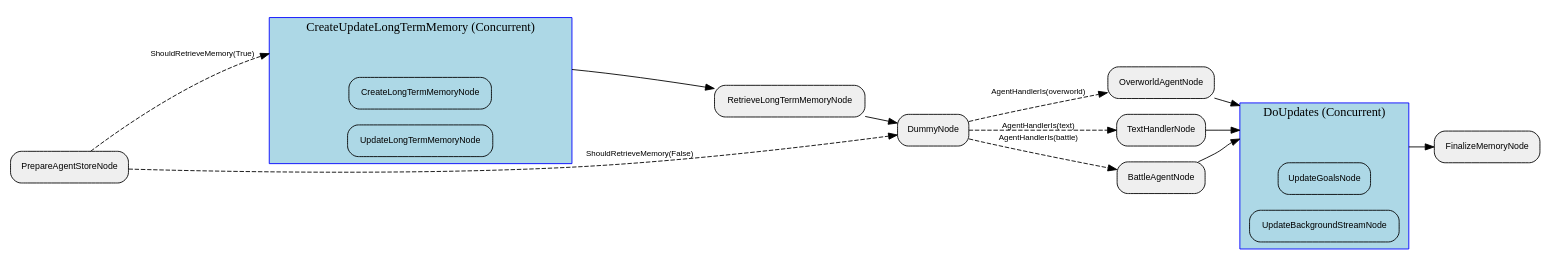
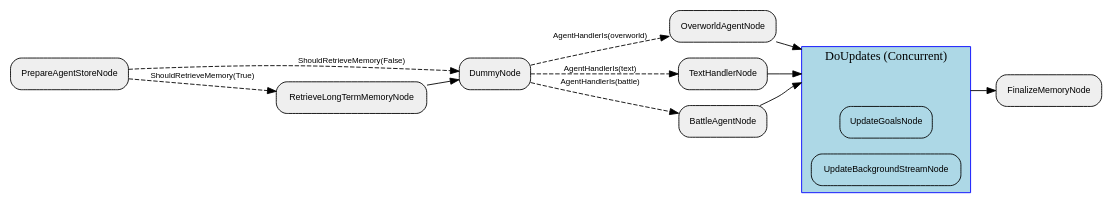
Before and after one commit to clambro/ai-plays-pokemon: the diagram in visualization/agent_graph/Graph.dot, drawn with Graphviz. The commit also changed 26 other files, not shown here.

First line of the commit message:
Move long-term memory mutation into overworld agent

```diff
--- a/visualization/agent_graph/Graph.dot
+++ b/visualization/agent_graph/Graph.dot
@@ -1,46 +1,34 @@
 digraph "G" {
   rankdir=LR;
   compound=true;
   node [shape=box, style="rounded,filled", fillcolor="#EFEFEF", fontname="Helvetica", fontsize=10];
   edge [fontname="Helvetica", fontsize=9];
-  subgraph "cluster_Vg2hd6Kv8v34S9z1r538B" {
-    label="CreateUpdateLongTermMemory (Concurrent)";
-    style="filled"; fillcolor="lightblue"; color="blue";
-    node [fillcolor="lightblue", style="filled,rounded"];
-    "Vg2hd6Kv8v34S9z1r538B__entry" [label="", shape=point, width=0.01, style=invis];
-    "Vg2hd6Kv8v34S9z1r538B__exit"  [label="", shape=point, width=0.01, style=invis];
-    e4i2JSNigLMBFJbe3vHXj [label="CreateLongTermMemoryNode"];
-    MqpVLM463dgkCTUM8SgwS [label="UpdateLongTermMemoryNode"];
-  }
-  subgraph "cluster_fGiP0VsAowpaVyVuA2BtG" {
+  subgraph "cluster_5u2rcpKXFNyRvOMhOfHJL" {
     label="DoUpdates (Concurrent)";
     style="filled"; fillcolor="lightblue"; color="blue";
     node [fillcolor="lightblue", style="filled,rounded"];
-    "fGiP0VsAowpaVyVuA2BtG__entry" [label="", shape=point, width=0.01, style=invis];
-    "fGiP0VsAowpaVyVuA2BtG__exit"  [label="", shape=point, width=0.01, style=invis];
-    MN4ziPziOXW06ELuVmUzn [label="UpdateGoalsNode"];
-    JByORDenR72utgAkKIeLK [label="UpdateBackgroundStreamNode"];
+    "5u2rcpKXFNyRvOMhOfHJL__entry" [label="", shape=point, width=0.01, style=invis];
+    "5u2rcpKXFNyRvOMhOfHJL__exit"  [label="", shape=point, width=0.01, style=invis];
+    nZmIuImggXBXjQdbxACrd [label="UpdateGoalsNode"];
+    PJJnLdIroNrrRz9T5kgtw [label="UpdateBackgroundStreamNode"];
   }
-  "0MaGjWmGWIqEmhREMZfwb" [label="PrepareAgentStoreNode"];
-  JByORDenR72utgAkKIeLK [label="UpdateBackgroundStreamNode"];
-  "8Fj3rcHaczFY6KrIxE2CM" [label="RetrieveLongTermMemoryNode"];
-  MN4ziPziOXW06ELuVmUzn [label="UpdateGoalsNode"];
-  OEE7uI0clMr6XDlM4jJIj [label="OverworldAgentNode"];
-  e4i2JSNigLMBFJbe3vHXj [label="CreateLongTermMemoryNode"];
-  sMUB8ibM7FwyzEM82NEIN [label="FinalizeMemoryNode"];
-  FFWSFtvvR4ZJPgWVhi7d3 [label="TextHandlerNode"];
-  KOlKyhzW7Spw5dOuL9GHS [label="BattleAgentNode"];
-  MqpVLM463dgkCTUM8SgwS [label="UpdateLongTermMemoryNode"];
-  tGTSx4TT9UAUPA6EB9kCI [label="DummyNode"];
-  "0MaGjWmGWIqEmhREMZfwb" -> Vg2hd6Kv8v34S9z1r538B__entry [lhead="cluster_Vg2hd6Kv8v34S9z1r538B", style="dashed", label="ShouldRetrieveMemory(True)"];
-  Vg2hd6Kv8v34S9z1r538B__exit -> "8Fj3rcHaczFY6KrIxE2CM" [ltail="cluster_Vg2hd6Kv8v34S9z1r538B", style="solid"];
-  "0MaGjWmGWIqEmhREMZfwb" -> tGTSx4TT9UAUPA6EB9kCI [style="dashed", label="ShouldRetrieveMemory(False)"];
-  "8Fj3rcHaczFY6KrIxE2CM" -> tGTSx4TT9UAUPA6EB9kCI [style="solid"];
-  tGTSx4TT9UAUPA6EB9kCI -> OEE7uI0clMr6XDlM4jJIj [style="dashed", label="AgentHandlerIs(overworld)"];
-  tGTSx4TT9UAUPA6EB9kCI -> KOlKyhzW7Spw5dOuL9GHS [style="dashed", label="AgentHandlerIs(battle)"];
-  tGTSx4TT9UAUPA6EB9kCI -> FFWSFtvvR4ZJPgWVhi7d3 [style="dashed", label="AgentHandlerIs(text)"];
-  FFWSFtvvR4ZJPgWVhi7d3 -> fGiP0VsAowpaVyVuA2BtG__entry [lhead="cluster_fGiP0VsAowpaVyVuA2BtG", style="solid"];
-  KOlKyhzW7Spw5dOuL9GHS -> fGiP0VsAowpaVyVuA2BtG__entry [lhead="cluster_fGiP0VsAowpaVyVuA2BtG", style="solid"];
-  OEE7uI0clMr6XDlM4jJIj -> fGiP0VsAowpaVyVuA2BtG__entry [lhead="cluster_fGiP0VsAowpaVyVuA2BtG", style="solid"];
-  fGiP0VsAowpaVyVuA2BtG__exit -> sMUB8ibM7FwyzEM82NEIN [ltail="cluster_fGiP0VsAowpaVyVuA2BtG", style="solid"];
+  tEVodr0709tiwDS7KoP3Y [label="OverworldAgentNode"];
+  QFKD4S0pX4FNXqU7NkLZ6 [label="DummyNode"];
+  lCoYCnIU5hCbo2MUFvr0x [label="TextHandlerNode"];
+  "1mttNI9ynotr9motenWlf" [label="BattleAgentNode"];
+  OWjj6wdJfIuwk9AleczCq [label="RetrieveLongTermMemoryNode"];
+  zBnDj9i1nAskjogzEUIGx [label="FinalizeMemoryNode"];
+  hunKjUyUESDwRqmITcvv6 [label="PrepareAgentStoreNode"];
+  PJJnLdIroNrrRz9T5kgtw [label="UpdateBackgroundStreamNode"];
+  nZmIuImggXBXjQdbxACrd [label="UpdateGoalsNode"];
+  hunKjUyUESDwRqmITcvv6 -> OWjj6wdJfIuwk9AleczCq [style="dashed", label="ShouldRetrieveMemory(True)"];
+  hunKjUyUESDwRqmITcvv6 -> QFKD4S0pX4FNXqU7NkLZ6 [style="dashed", label="ShouldRetrieveMemory(False)"];
+  OWjj6wdJfIuwk9AleczCq -> QFKD4S0pX4FNXqU7NkLZ6 [style="solid"];
+  QFKD4S0pX4FNXqU7NkLZ6 -> tEVodr0709tiwDS7KoP3Y [style="dashed", label="AgentHandlerIs(overworld)"];
+  QFKD4S0pX4FNXqU7NkLZ6 -> "1mttNI9ynotr9motenWlf" [style="dashed", label="AgentHandlerIs(battle)"];
+  QFKD4S0pX4FNXqU7NkLZ6 -> lCoYCnIU5hCbo2MUFvr0x [style="dashed", label="AgentHandlerIs(text)"];
+  lCoYCnIU5hCbo2MUFvr0x -> "5u2rcpKXFNyRvOMhOfHJL__entry" [lhead="cluster_5u2rcpKXFNyRvOMhOfHJL", style="solid"];
+  "1mttNI9ynotr9motenWlf" -> "5u2rcpKXFNyRvOMhOfHJL__entry" [lhead="cluster_5u2rcpKXFNyRvOMhOfHJL", style="solid"];
+  tEVodr0709tiwDS7KoP3Y -> "5u2rcpKXFNyRvOMhOfHJL__entry" [lhead="cluster_5u2rcpKXFNyRvOMhOfHJL", style="solid"];
+  "5u2rcpKXFNyRvOMhOfHJL__exit" -> zBnDj9i1nAskjogzEUIGx [ltail="cluster_5u2rcpKXFNyRvOMhOfHJL", style="solid"];
 }
```
